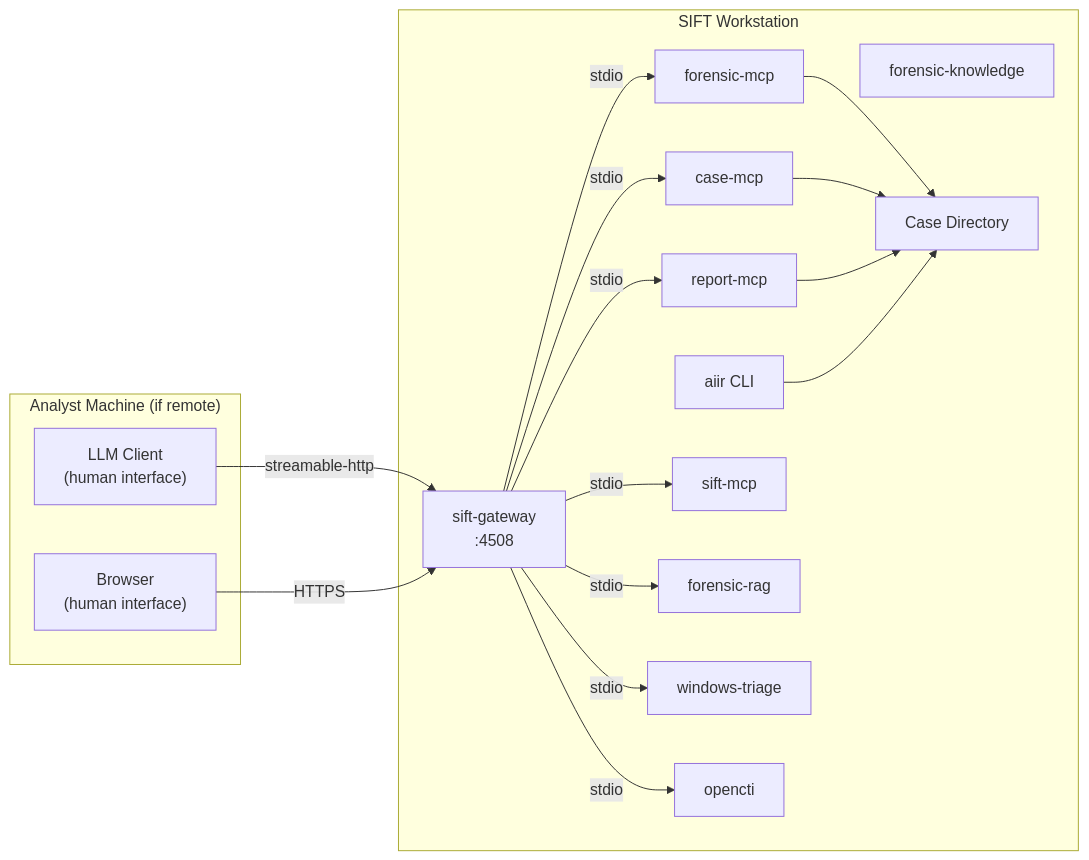
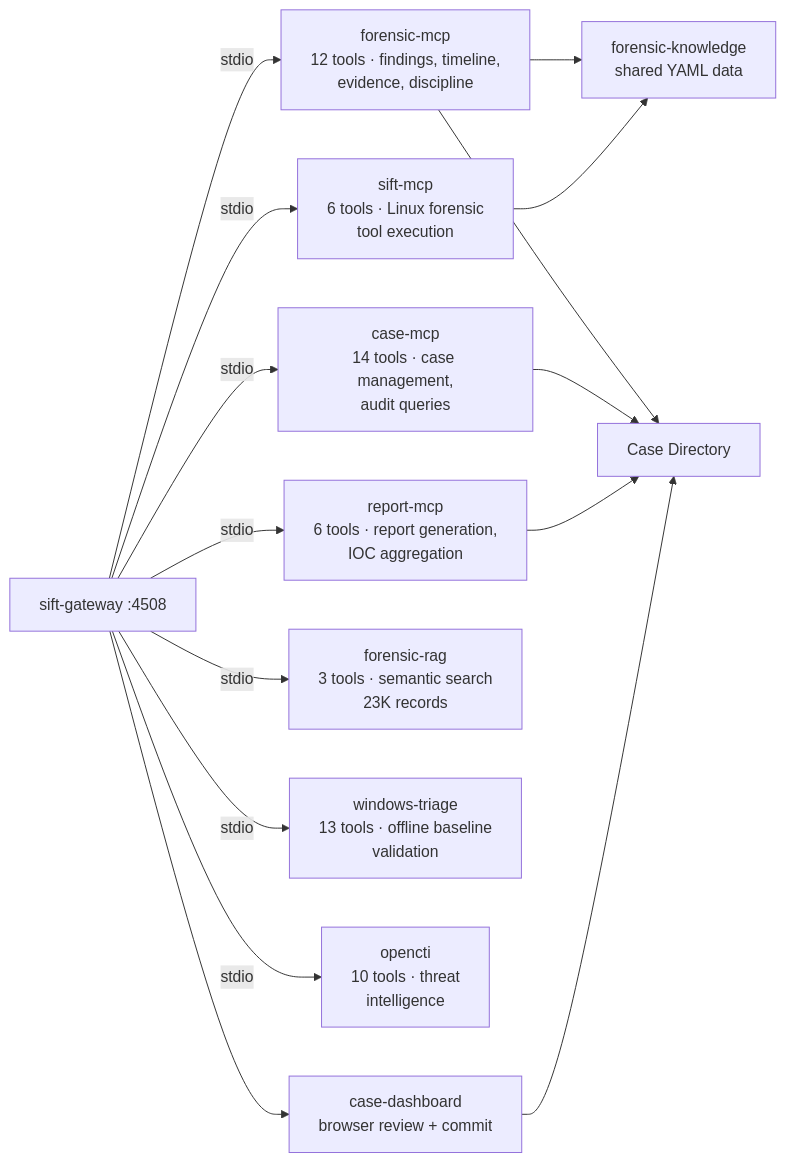
The first of 2 diagrams in README.md (AppliedIR/sift-mcp), drawn with Mermaid before and after one commit. The commit also changed other lines of this file, not shown here.

Commit message:
replace architecture diagram with SIFT internals

````diff
--- a/README.md
+++ b/README.md
@@ -130,36 +130,30 @@
 ```mermaid
 graph LR
-    subgraph analyst ["Analyst Machine (if remote)"]
-        CC["LLM Client<br/>(human interface)"]
-        BR["Browser<br/>(human interface)"]
-    end
+    GW["sift-gateway :4508"]
 
-    subgraph sift ["SIFT Workstation"]
-        CLI["aiir CLI"]
-        GW["sift-gateway<br/>:4508"]
-        FM["forensic-mcp"]
-        CM["case-mcp"]
-        RM["report-mcp"]
-        SM["sift-mcp"]
-        RAG["forensic-rag"]
-        WT["windows-triage"]
-        OC["opencti"]
-        FK["forensic-knowledge"]
-        CASE["Case Directory"]
+    FM["forensic-mcp<br/>12 tools · findings, timeline,<br/>evidence, discipline"]
+    CM["case-mcp<br/>14 tools · case management,<br/>audit queries"]
+    RM["report-mcp<br/>6 tools · report generation,<br/>IOC aggregation"]
+    SM["sift-mcp<br/>6 tools · Linux forensic<br/>tool execution"]
+    RAG["forensic-rag<br/>3 tools · semantic search<br/>23K records"]
+    WT["windows-triage<br/>13 tools · offline baseline<br/>validation"]
+    OC["opencti<br/>10 tools · threat<br/>intelligence"]
+    CD["case-dashboard<br/>browser review + commit"]
+    FK["forensic-knowledge<br/>shared YAML data"]
+    CASE["Case Directory"]
 
-        GW -->|stdio| FM
-        GW -->|stdio| CM
-        GW -->|stdio| RM
-        GW -->|stdio| SM
-        GW -->|stdio| RAG
-        GW -->|stdio| WT
-        GW -->|stdio| OC
-        FM --> CASE
-        CM --> CASE
-        RM --> CASE
-        CLI --> CASE
-    end
-
-    CC -->|"streamable-http"| GW
-    BR -->|"HTTPS"| GW
+    GW -->|stdio| FM
+    GW -->|stdio| CM
+    GW -->|stdio| RM
+    GW -->|stdio| SM
+    GW -->|stdio| RAG
+    GW -->|stdio| WT
+    GW -->|stdio| OC
+    GW --> CD
+    FM --> FK
+    SM --> FK
+    FM --> CASE
+    CM --> CASE
+    RM --> CASE
+    CD --> CASE
 ```
````
